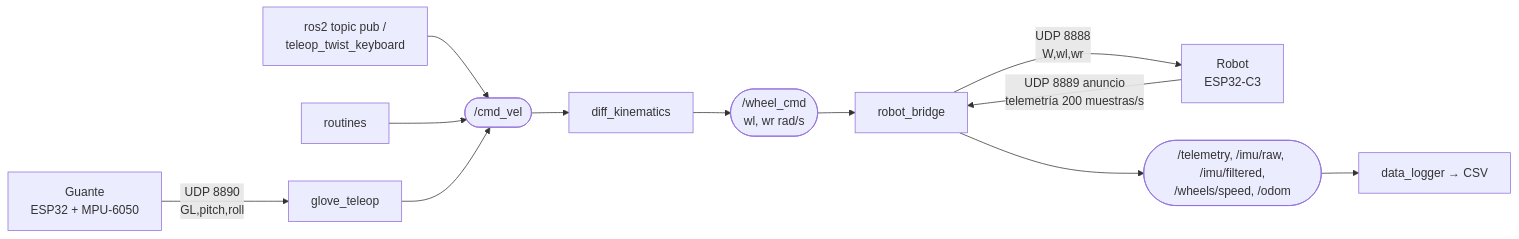
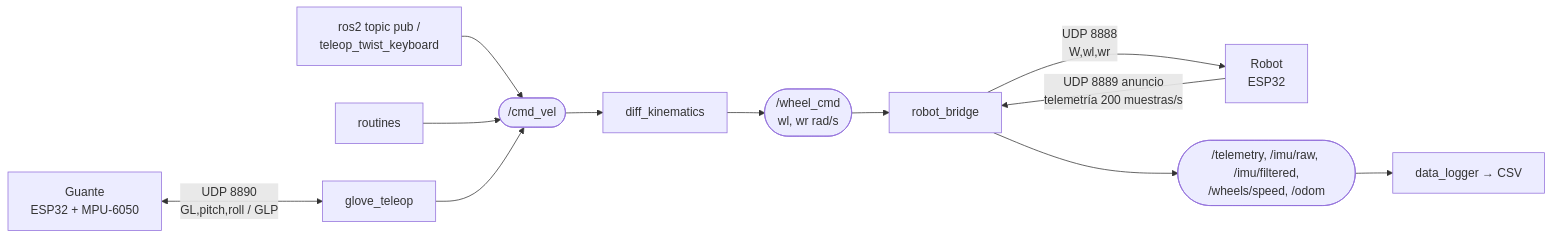
The diagram in README.md (JuanVelandia78/minisumo), drawn with Mermaid before and after one commit. The commit also changed other lines of this file and 34 other files, not shown here.

First line of the commit message:
Robot con ESP32 DevKit y batería 3S, guante actualizado y PCB

````diff
--- a/README.md
+++ b/README.md
@@ -13,14 +13,14 @@
 ```mermaid
 flowchart LR
-    G["Guante<br/>ESP32 + MPU-6050"] -- "UDP 8890<br/>GL,pitch,roll" --> GT[glove_teleop]
+    G["Guante<br/>ESP32 + MPU-6050"] <-- "UDP 8890<br/>GL,pitch,roll / GLP" --> GT[glove_teleop]
     T["ros2 topic pub /<br/>teleop_twist_keyboard"] --> CV(["/cmd_vel"])
     RT[routines] --> CV
     GT --> CV
     CV --> DK[diff_kinematics]
     DK --> WC(["/wheel_cmd<br/>wl, wr rad/s"])
     WC --> RB[robot_bridge]
-    RB -- "UDP 8888<br/>W,wl,wr" --> R["Robot<br/>ESP32-C3"]
+    RB -- "UDP 8888<br/>W,wl,wr" --> R["Robot<br/>ESP32"]
     R -- "UDP 8889 anuncio<br/>telemetría 200 muestras/s" --> RB
     RB --> TL(["/telemetry, /imu/raw, /imu/filtered,<br/>/wheels/speed, /odom"])
     TL --> DL[data_logger → CSV]
 ```
````
